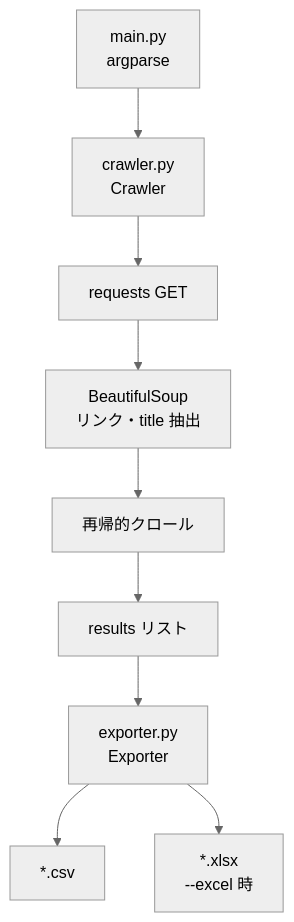
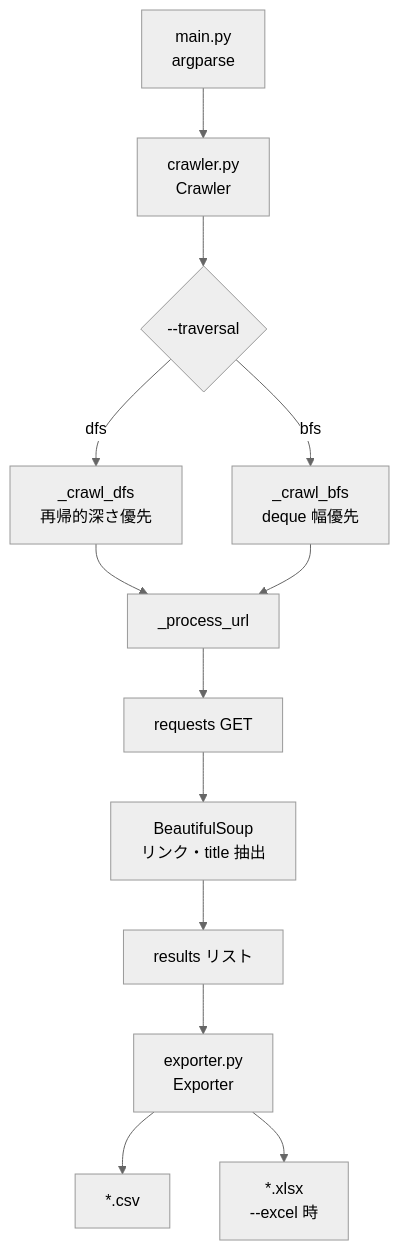
The diagram in docs/プロジェクト概要・実装状況・利用ガイド.md (agenda23/extreme-super-site-mapper-final-edition), drawn with Mermaid (neutral theme) before and after one commit. The commit also changed other lines of this file and 1 other file, not shown here.

````diff
--- a/docs/プロジェクト概要・実装状況・利用ガイド.md
+++ b/docs/プロジェクト概要・実装状況・利用ガイド.md
@@ -51,11 +51,15 @@
 ```mermaid
 flowchart TD
     CLI[main.py<br/>argparse] --> Crawler[crawler.py<br/>Crawler]
-    Crawler --> HTTP[requests GET]
+    Crawler --> Mode{--traversal}
+    Mode -->|dfs| DFS[_crawl_dfs<br/>再帰的深さ優先]
+    Mode -->|bfs| BFS[_crawl_bfs<br/>deque 幅優先]
+    DFS --> Fetch[_process_url]
+    BFS --> Fetch
+    Fetch --> HTTP[requests GET]
     HTTP --> Parse[BeautifulSoup<br/>リンク・title 抽出]
-    Parse --> Recurse[再帰的クロール]
-    Recurse --> Results[results リスト]
+    Parse --> Results[results リスト]
     Results --> Exporter[exporter.py<br/>Exporter]
     Exporter --> CSV[*.csv]
     Exporter --> XLSX[*.xlsx<br/>--excel 時]
 ```
````
